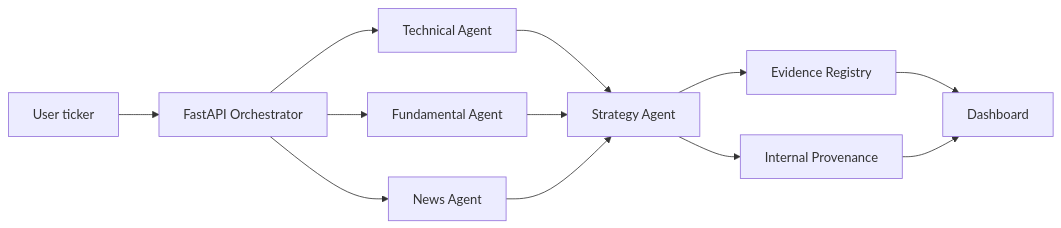
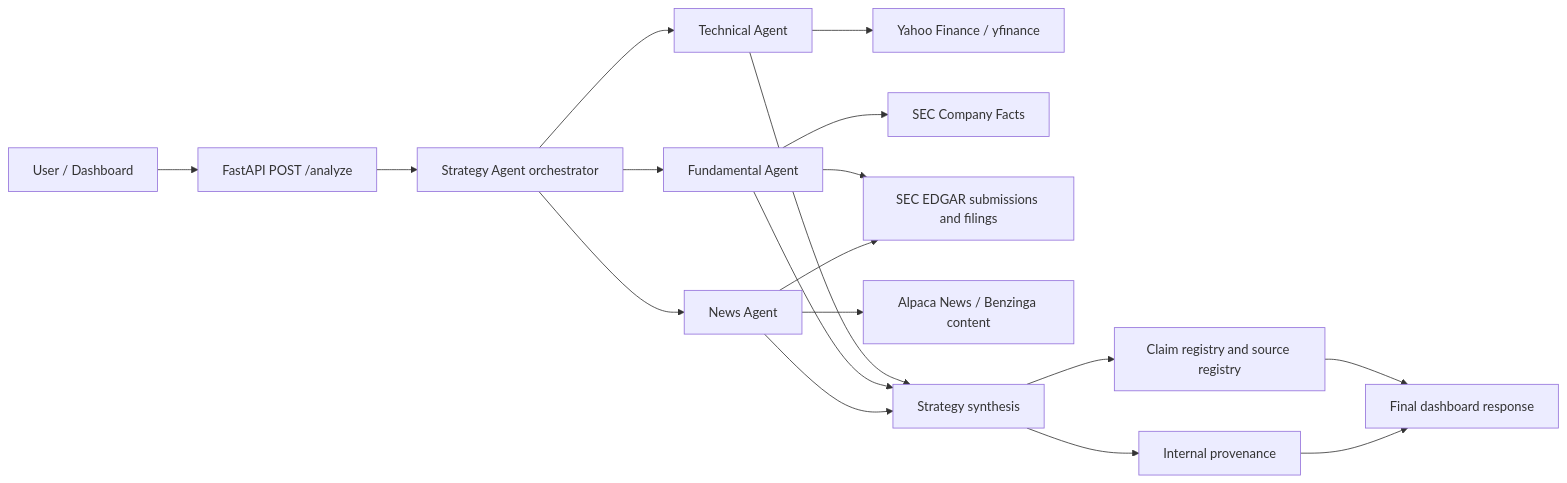
Before and after one commit to christinezhao030816/us-stock-agent: the diagram in README.md, drawn with Mermaid. The commit also changed other lines of this file and 1 other file, not shown here.

````diff
--- a/README.md
+++ b/README.md
@@ -38,14 +67,24 @@
 ```mermaid
 flowchart LR
-    U[User ticker] --> API[FastAPI Orchestrator]
-    API --> T[Technical Agent]
-    API --> F[Fundamental Agent]
-    API --> N[News Agent]
-    T --> S[Strategy Agent]
-    F --> S
-    N --> S
-    S --> E[Evidence Registry]
-    S --> P[Internal Provenance]
-    E --> D[Dashboard]
-    P --> D
+    U[User / Dashboard] --> API[FastAPI POST /analyze]
+    API --> S[Strategy Agent orchestrator]
+
+    S --> T[Technical Agent]
+    S --> F[Fundamental Agent]
+    S --> N[News Agent]
+
+    T --> Y[Yahoo Finance / yfinance]
+    F --> CF[SEC Company Facts]
+    F --> ED[SEC EDGAR submissions and filings]
+    N --> AN[Alpaca News / Benzinga content]
+    N --> ED
+
+    T --> TS[Strategy synthesis]
+    F --> TS
+    N --> TS
+
+    TS --> ER[Claim registry and source registry]
+    TS --> IP[Internal provenance]
+    ER --> R[Final dashboard response]
+    IP --> R
 ```
````
